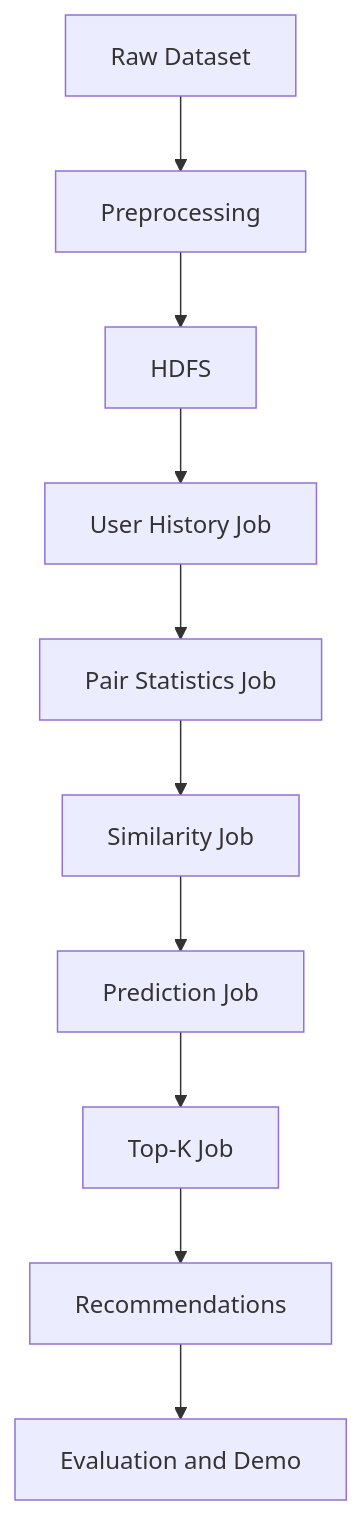
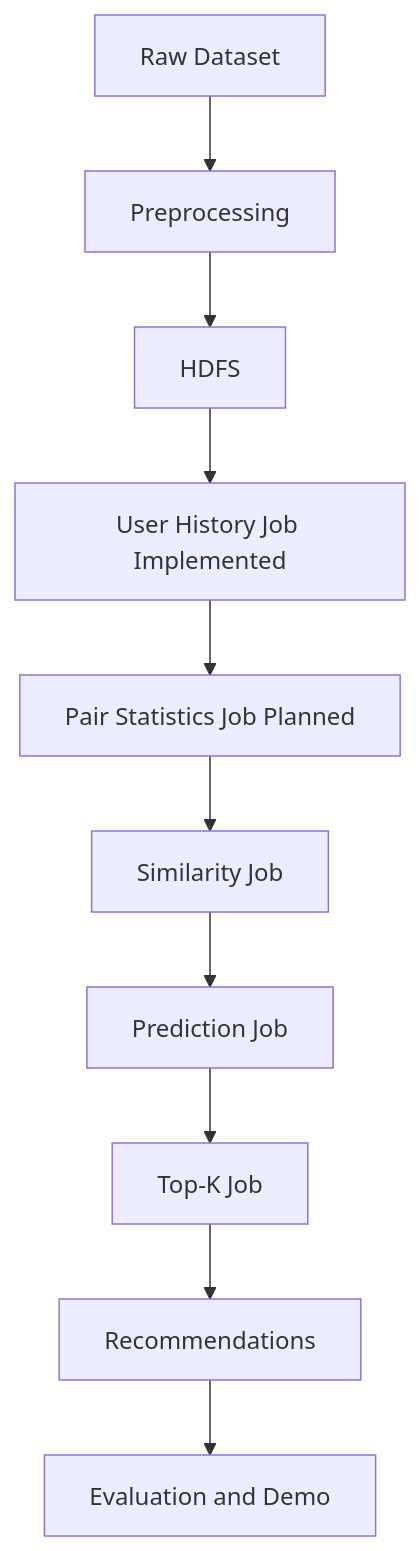
One commit to hieulenho/movie-recommender-hadoop changed the diagram in docs/architecture.md. Above: the diagram before and after it, drawn with Mermaid. The commit also changed other lines of this file and 17 other files, not shown here.

Commit message:
feat: add Hadoop user history job

````diff
--- a/docs/architecture.md
+++ b/docs/architecture.md
@@ -19,12 +19,12 @@
 ```mermaid
 flowchart TD
     A[Raw Dataset] --> B[Preprocessing]
     B --> C[HDFS]
-    C --> D[User History Job]
-    D --> E[Pair Statistics Job]
+    C --> D[User History Job Implemented]
+    D --> E[Pair Statistics Job Planned]
     E --> F[Similarity Job]
     F --> G[Prediction Job]
     G --> H[Top-K Job]
     H --> I[Recommendations]
     I --> J[Evaluation and Demo]
 ```
````
